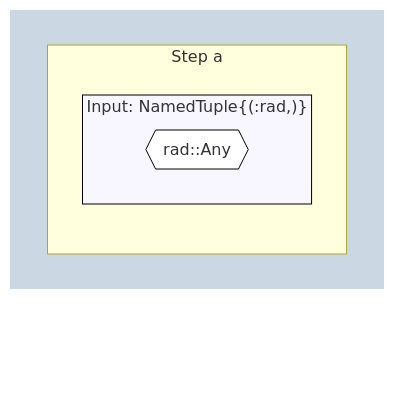
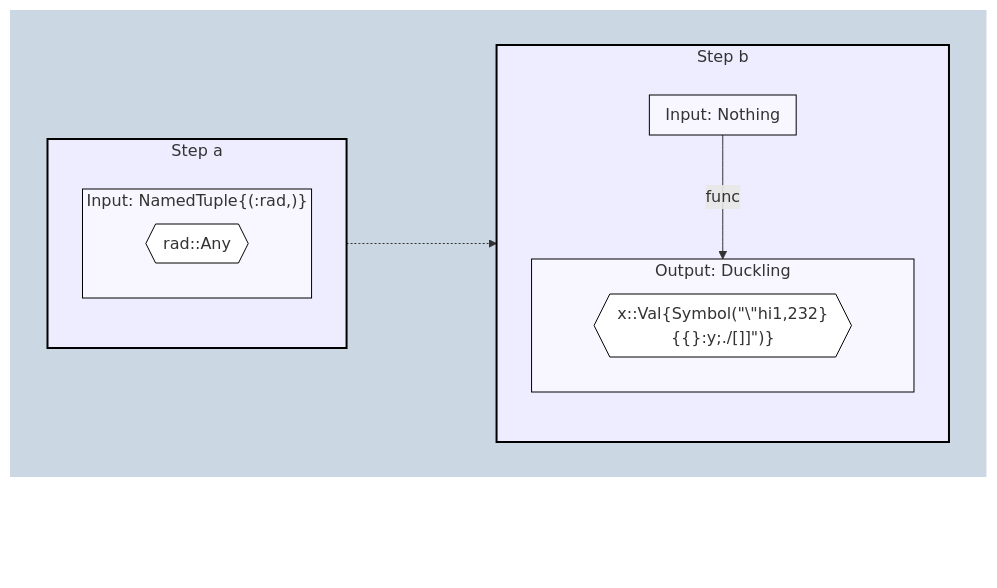
One commit to beacon-biosignals/TransformSpecifications.jl changed the diagram in test/reference_tests/mermaid_escape.md. Above: the diagram before and after it, drawn with Mermaid. The commit also changed 4 other files, not shown here.

````diff
--- a/test/reference_tests/mermaid_escape.md
+++ b/test/reference_tests/mermaid_escape.md
@@ -1,27 +1,40 @@
 ```mermaid
 flowchart
 
 %% Define steps (nodes)
 subgraph OUTERLEVEL["` `"]
 direction LR
 subgraph STEP_A["Step a"]
   direction TB
   subgraph STEP_A_InputSchema["Input: NamedTuple{(:rad,)}"]
     direction RL
     STEP_A_InputSchemarad{{"rad::Any"}}
     class STEP_A_InputSchemarad classSpecField
   end
   class STEP_A_InputSchema classSpec
 end
+subgraph STEP_B["Step b"]
+  direction TB
+  subgraph STEP_B_InputSchema["Input: Nothing"]
+    direction RL
+  end
+  subgraph STEP_B_OutputSchema["Output: Duckling"]
+    direction RL
+    STEP_B_OutputSchemax{{"x::Val{Symbol(#quot;\#quot;hi1,232}{{}:y;./[]]#quot;)}"}}
+    class STEP_B_OutputSchemax classSpecField
+  end
+  STEP_B_InputSchema:::classSpec -- func --> STEP_B_OutputSchema:::classSpec
+end
 
 %% Link steps (edges)
+STEP_A:::classStep -..-> STEP_B:::classStep
 
 end
 OUTERLEVEL:::classOuter ~~~ OUTERLEVEL:::classOuter
 
 %% Styling definitions
 classDef classOuter fill:#cbd7e2,stroke:#000,stroke-width:0px;
 classDef classStep fill:#eeedff,stroke:#000,stroke-width:2px;
 classDef classSpec fill:#f8f7ff,stroke:#000,stroke-width:1px;
 classDef classSpecField fill:#fff,stroke:#000,stroke-width:1px;
 ```
````
